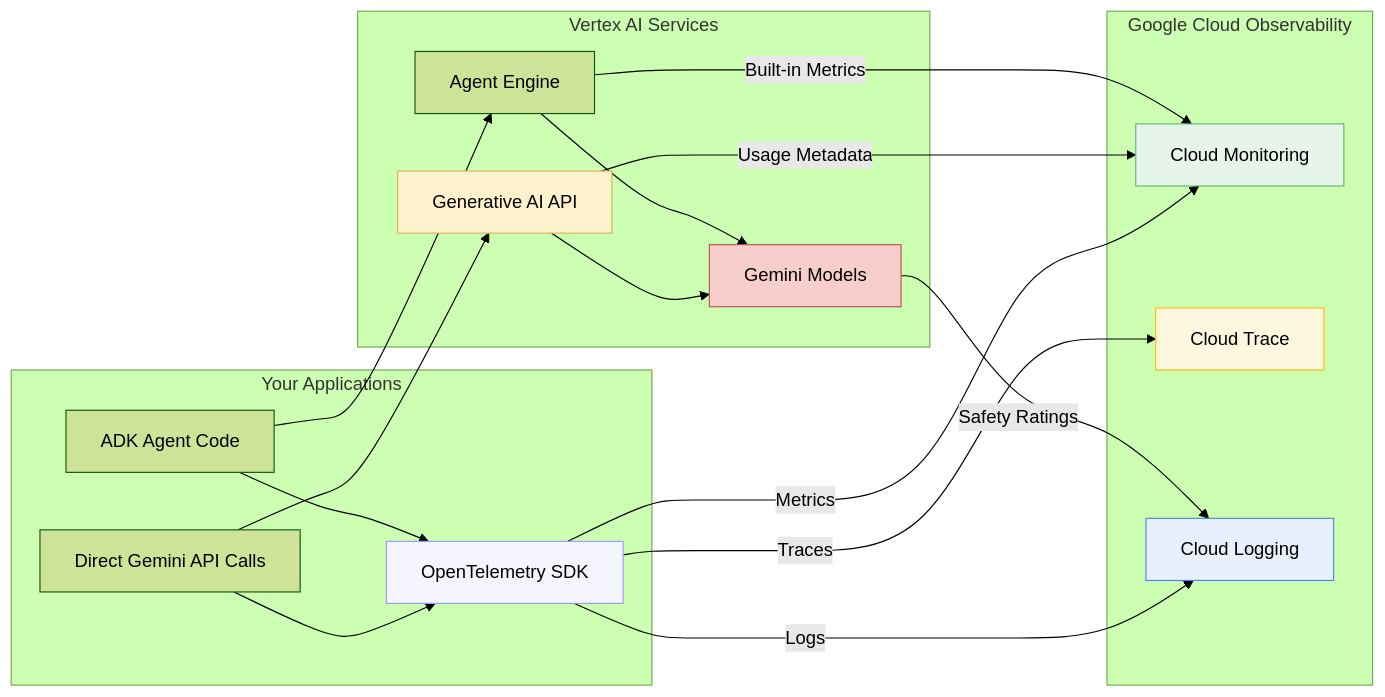
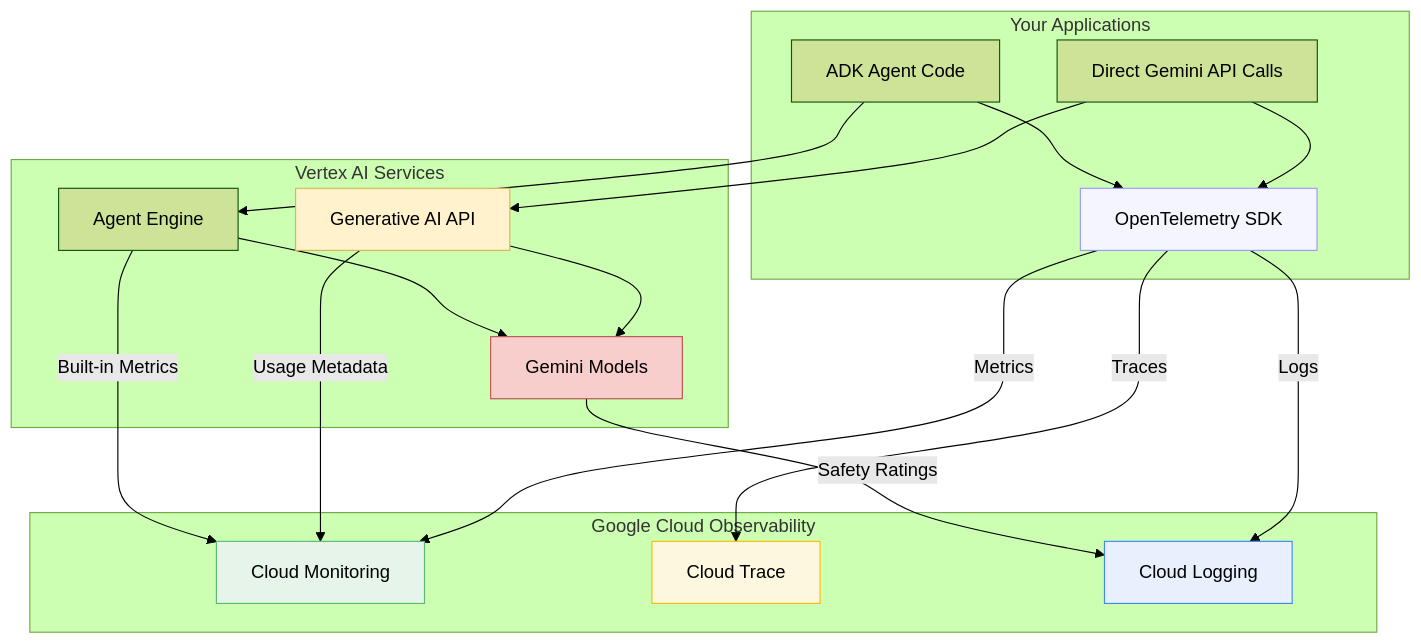
One commit to raphaelmansuy/tutorials changed the first of 2 diagrams in 31_observability_llm_adk_vertex.md. Above: the diagram before and after it, drawn with Mermaid (forest theme). The commit also changed other lines of this file, not shown here.

Commit message:
Enhance observability guide by integrating Datadog support through OpenTelemetry. Add architecture diagrams, dual export options, and implementation recommendations for improved multi-platform observability.

````diff
--- a/31_observability_llm_adk_vertex.md
+++ b/31_observability_llm_adk_vertex.md
@@ -99,42 +101,42 @@
 ```mermaid
-flowchart LR
+flowchart TB
     subgraph "Your Applications"
         APP[Direct Gemini API Calls]
         ADK[ADK Agent Code]
         OTEL[OpenTelemetry SDK]
     end
 
     subgraph "Vertex AI Services"
         GENAI[Generative AI API]
-        ENGINE[Agent Engine]
+        ENGINE[Agent Engine] 
         MODEL[Gemini Models]
     end
 
     subgraph "Google Cloud Observability"
         CM[Cloud Monitoring]
         CT[Cloud Trace]
         CL[Cloud Logging]
     end
 
     APP --> GENAI
     ADK --> ENGINE
     GENAI --> MODEL
     ENGINE --> MODEL
     
     APP --> OTEL
     ADK --> OTEL
     OTEL -->|Metrics| CM
     OTEL -->|Traces| CT
     OTEL -->|Logs| CL
 
     GENAI -->|Usage Metadata| CM
     ENGINE -->|Built-in Metrics| CM
     MODEL -->|Safety Ratings| CL
 
     style OTEL fill:#f5f5ff,stroke:#9999ff
     style CM fill:#e6f4ea,stroke:#5bb974
     style CT fill:#fef7e0,stroke:#fbbc04
     style CL fill:#e8f0fe,stroke:#4285f4
     style GENAI fill:#fff2cc,stroke:#d6b656
     style MODEL fill:#f8cecc,stroke:#b85450
 ```
````
